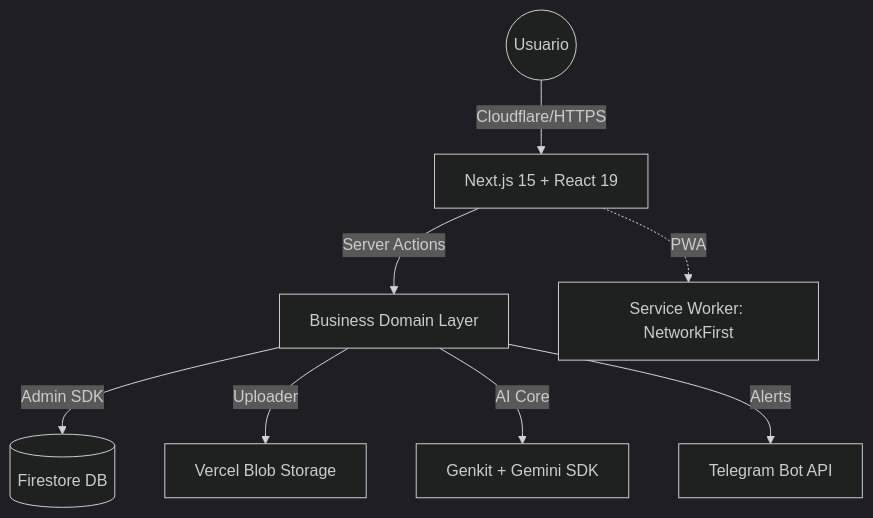
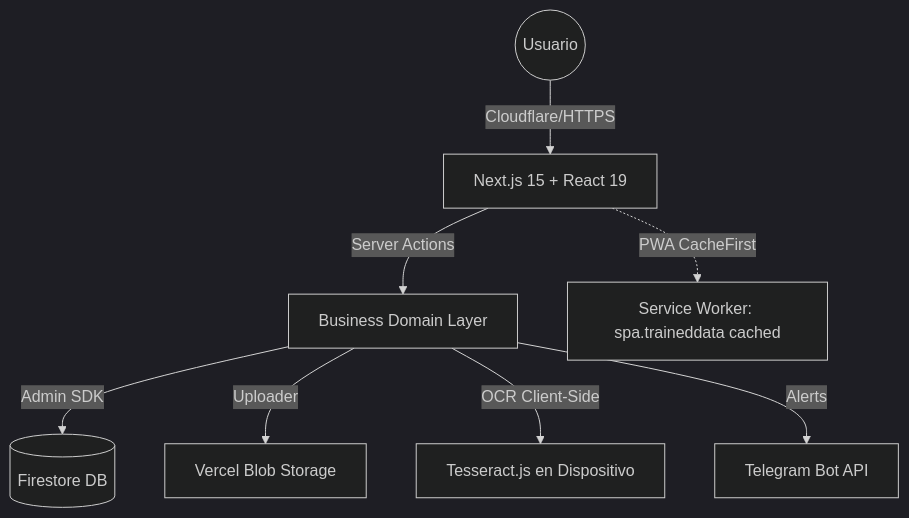
One commit to sthanfv/Desmulta changed the diagram in README.md. Above: the diagram before and after it, drawn with Mermaid (dark theme). The commit also changed other lines of this file and 21 other files, not shown here.

````diff
--- a/README.md
+++ b/README.md
@@ -37,10 +41,10 @@
 ```mermaid
 graph TD
     User((Usuario)) --> |Cloudflare/HTTPS| Frontend[Next.js 15 + React 19]
     Frontend --> |Server Actions| Logic[Business Domain Layer]
     Logic --> |Admin SDK| Firestore[(Firestore DB)]
     Logic --> |Uploader| Blob[Vercel Blob Storage]
-    Logic --> |AI Core| Gemini[Genkit + Gemini SDK]
+    Logic --> |OCR Client-Side| OCR[Tesseract.js en Dispositivo]
     Logic --> |Alerts| CRM[Telegram Bot API]
-    Frontend -.-> |PWA| SW[Service Worker: NetworkFirst]
+    Frontend -.-> |PWA CacheFirst| SW[Service Worker: spa.traineddata cached]
 ```
````
